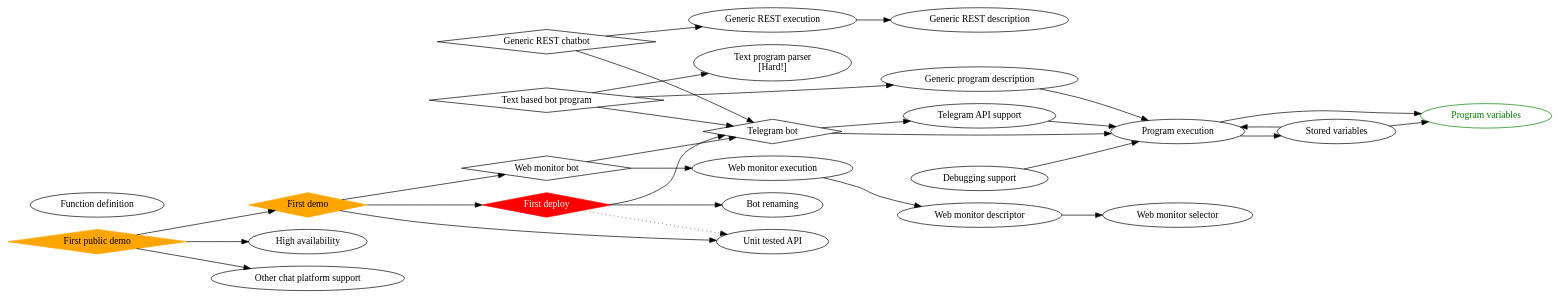
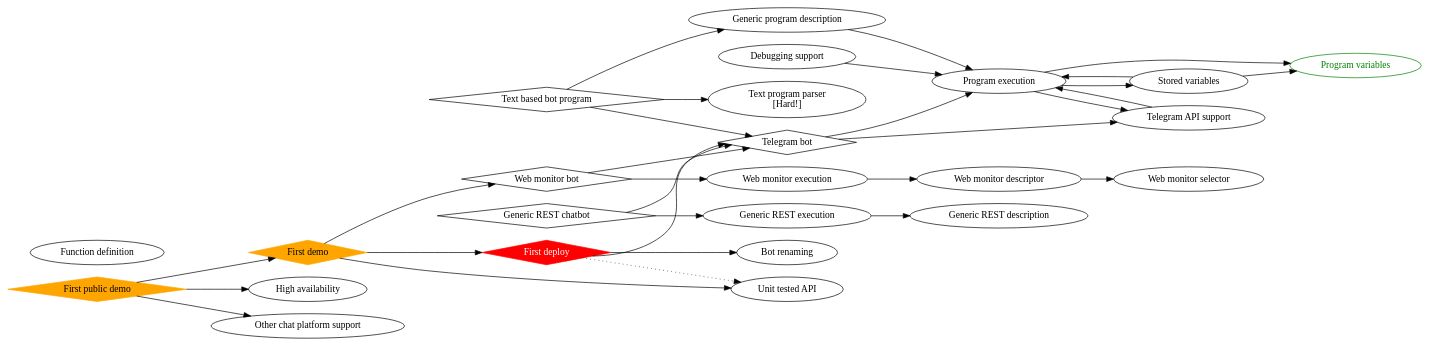
The diagram in docs/task-tree.dot (programaker-project/Programaker-Core), drawn with Graphviz before and after one commit. The commit also changed 12 other files, not shown here.

Commit message:
Add basic telegram support for feedback on program execution.

```diff
--- a/docs/task-tree.dot
+++ b/docs/task-tree.dot
@@ -1,88 +1,89 @@
 digraph {
     rankdir=LR;
 
     // Milestones
     telegram_bot[label="Telegram bot", shape=diamond];
     // First big (publicly deployed) milestone
     first_deploy[label="First deploy", shape=diamond, style=filled, color=red, fontcolor=white];
 
     web_monitor_bot[label="Web monitor bot", shape=diamond];
     first_demo[label="First demo", shape=diamond, style=filled, color=orange];
     first_public_demo[label="First public demo", shape=diamond, style=filled, color=orange];
 
     generic_rest_chatbot[label="Generic REST chatbot", shape=diamond];
     text_based_program_bot[label="Text based bot program", shape=diamond];
 
     // Tasks
     program_execution[label="Program execution"];
     telegram_api_support[label="Telegram API support"];
     debugging_support[label="Debugging support"];
 
     bot_renaming[label="Bot renaming"];
     unit_tested_api[label="Unit tested API"];
 
     program_variables[label="Program variables", color=green, fontcolor=green];
     stored_variables[label="Stored variables"];
     function_definition[label="Function definition"];
 
     web_monitor_selector[label="Web monitor selector"];
     web_monitor_description[label="Web monitor descriptor"];
     web_monitor_execution[label="Web monitor execution"];
 
     generic_rest_execution[label="Generic REST execution"];
     generic_rest_description[label="Generic REST description"];
 
     text_program_parser[label="Text program parser\n[Hard!]"];
     generic_program_description[label="Generic program description"];
 
     high_availability[label="High availability"];
 
     other_chat_platform_support[label="Other chat platform support"];
 
     // Dependencies
     program_execution -> program_variables;
     stored_variables -> program_variables;
 
     program_execution -> stored_variables;
     stored_variables -> program_execution;
 
     // First (internal) milestone
     telegram_api_support -> program_execution;
+    program_execution -> telegram_api_support;
 
     telegram_bot -> program_execution;
     telegram_bot -> telegram_api_support;
 
     // No reason to deploy before something is doable 
     first_deploy -> telegram_bot;
     first_deploy -> bot_renaming;
 
     // We should have the tests before the deploy, but we can delay it
     first_deploy -> unit_tested_api[style=dotted];
 
     web_monitor_description -> web_monitor_selector;
     web_monitor_execution -> web_monitor_description;
 
     web_monitor_bot -> telegram_bot;
     web_monitor_bot -> web_monitor_execution;
     first_demo -> web_monitor_bot;
     // First demo has to work for sure, so unit-testing is *required* at this point
     first_demo -> unit_tested_api;
     // It also requires a working deployment
     first_demo -> first_deploy;
 
     first_public_demo -> first_demo;
     first_public_demo -> high_availability;
     first_public_demo -> other_chat_platform_support;
 
     generic_rest_execution -> generic_rest_description;
 
     generic_rest_chatbot -> telegram_bot;
     generic_rest_chatbot -> generic_rest_execution;
 
     generic_program_description -> program_execution;
     text_based_program_bot -> telegram_bot;
     text_based_program_bot -> generic_program_description;
     text_based_program_bot -> text_program_parser;
 
     debugging_support -> program_execution;
 }
```
